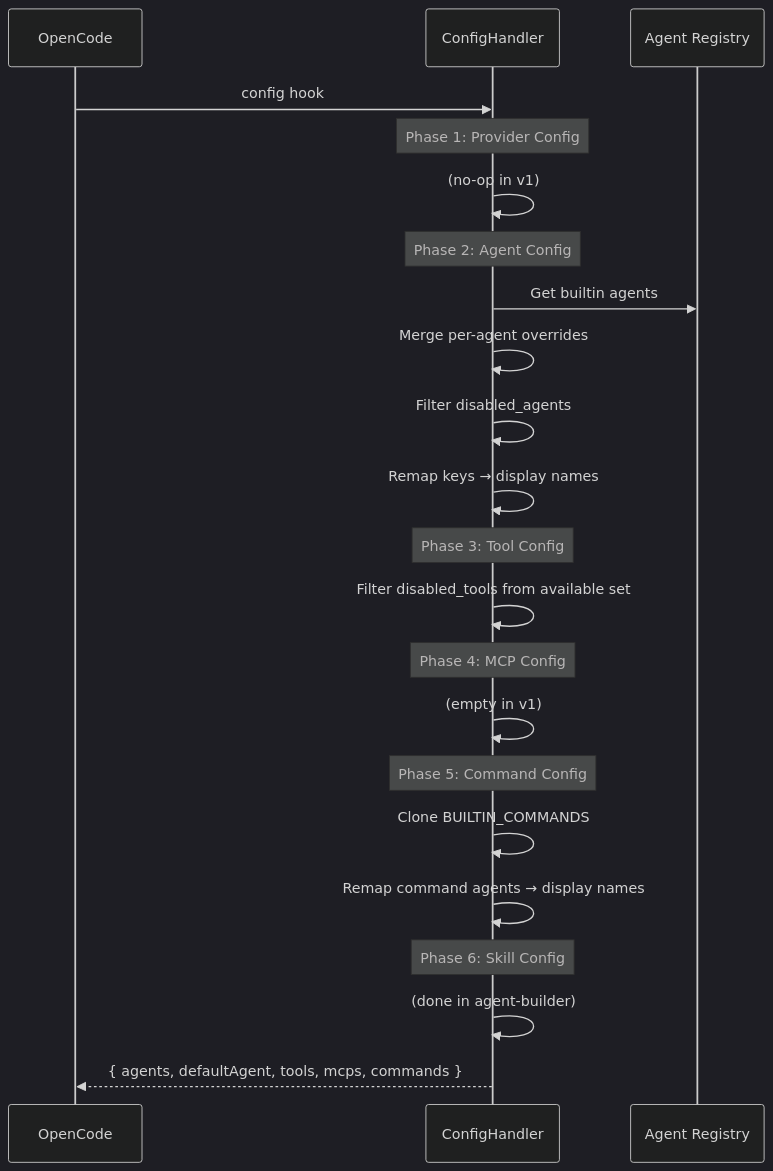
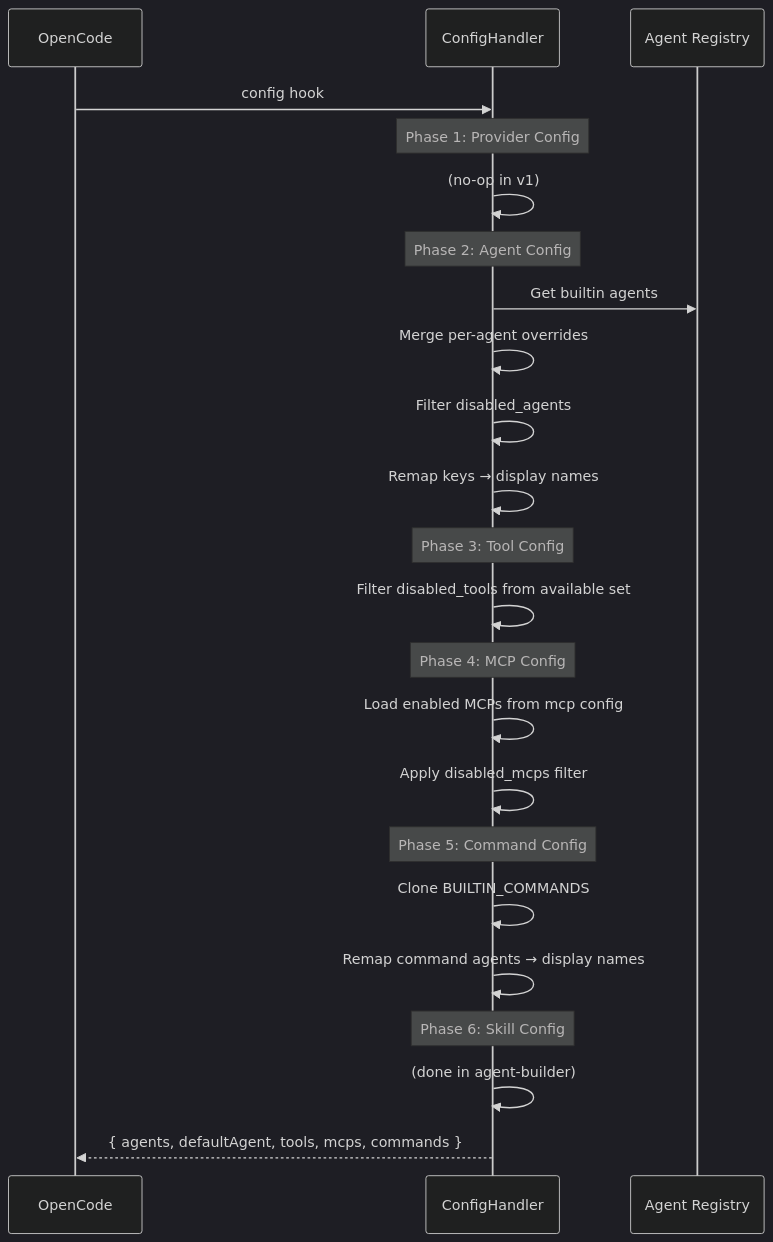
Before and after one commit to pgermishuys/opencode-weave: the second of 3 diagrams in docs/configuration.md, drawn with Mermaid (dark theme). The commit also changed other lines of this file and 4 other files, not shown here.

````diff
--- a/docs/configuration.md
+++ b/docs/configuration.md
@@ -149,32 +177,33 @@
 ```mermaid
 sequenceDiagram
     participant OC as OpenCode
     participant CH as ConfigHandler
     participant Agents as Agent Registry
 
     OC->>CH: config hook
 
     Note over CH: Phase 1: Provider Config
     CH->>CH: (no-op in v1)
 
     Note over CH: Phase 2: Agent Config
     CH->>Agents: Get builtin agents
     CH->>CH: Merge per-agent overrides
     CH->>CH: Filter disabled_agents
     CH->>CH: Remap keys → display names
 
     Note over CH: Phase 3: Tool Config
     CH->>CH: Filter disabled_tools from available set
 
     Note over CH: Phase 4: MCP Config
-    CH->>CH: (empty in v1)
+    CH->>CH: Load enabled MCPs from mcp config
+    CH->>CH: Apply disabled_mcps filter
 
     Note over CH: Phase 5: Command Config
     CH->>CH: Clone BUILTIN_COMMANDS
     CH->>CH: Remap command agents → display names
 
     Note over CH: Phase 6: Skill Config
     CH->>CH: (done in agent-builder)
 
     CH-->>OC: { agents, defaultAgent, tools, mcps, commands }
 ```
````
